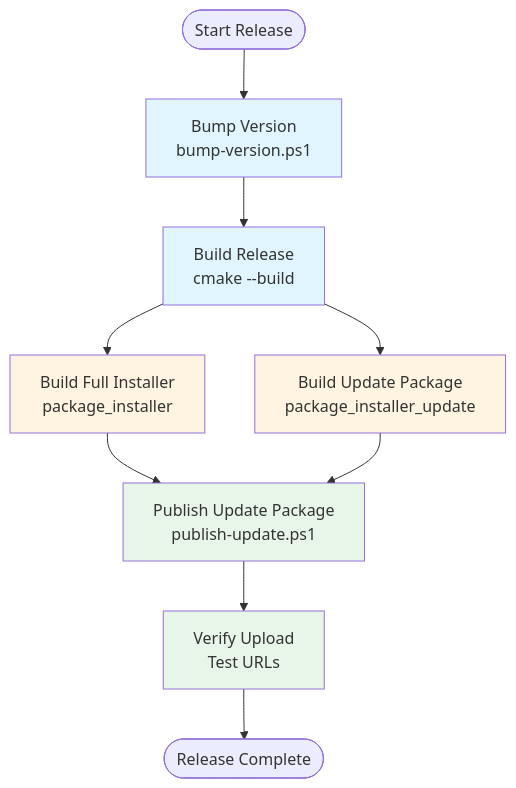
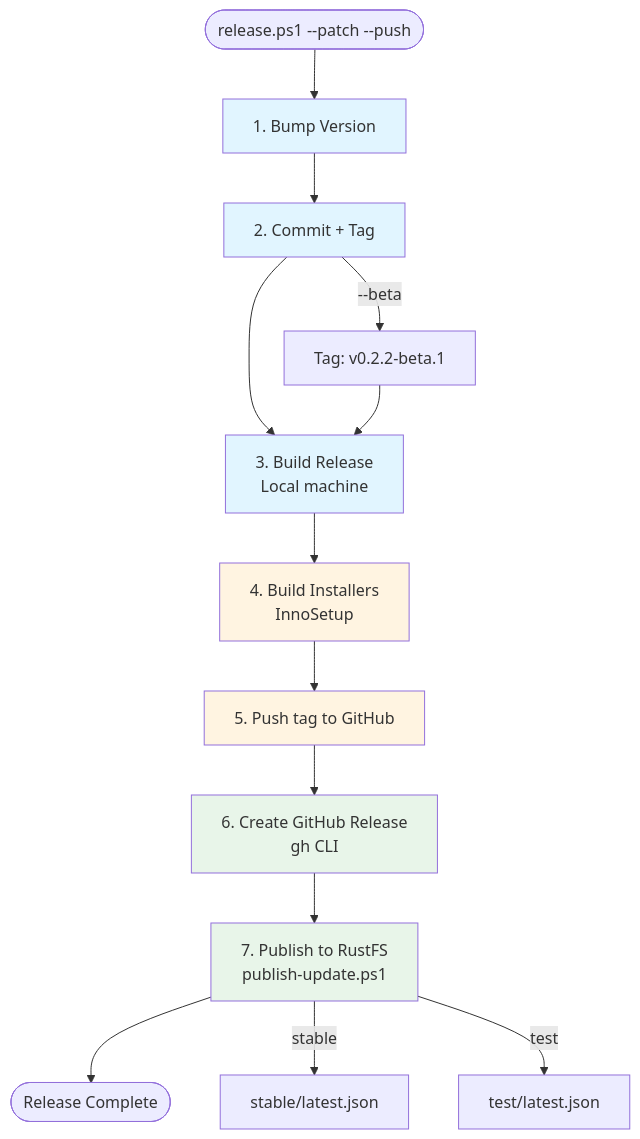
One commit to KPT1020/mib-studio-qt changed the diagram in docs/howto/release-workflow.md. Above: the diagram before and after it, drawn with Mermaid. The commit also changed other lines of this file and 3 other files, not shown here.

First line of the commit message:
refactor: local build pipeline with gh CLI + RustFS publish

````diff
--- a/docs/howto/release-workflow.md
+++ b/docs/howto/release-workflow.md
@@ -350,18 +305,24 @@
 ```mermaid
 flowchart TD
-    Start([Start Release]) --> BumpVersion[Bump Version<br/>bump-version.ps1]
-    BumpVersion --> BuildRelease[Build Release<br/>cmake --build]
-    BuildRelease --> BuildFullInstaller[Build Full Installer<br/>package_installer]
-    BuildRelease --> BuildUpdatePackage[Build Update Package<br/>package_installer_update]
-    BuildFullInstaller --> PublishUpdate[Publish Update Package<br/>publish-update.ps1]
-    BuildUpdatePackage --> PublishUpdate
-    PublishUpdate --> Verify[Verify Upload<br/>Test URLs]
-    Verify --> End([Release Complete])
-    
-    style BumpVersion fill:#e1f5ff
-    style BuildRelease fill:#e1f5ff
-    style BuildFullInstaller fill:#fff4e1
-    style BuildUpdatePackage fill:#fff4e1
-    style PublishUpdate fill:#e8f5e9
-    style Verify fill:#e8f5e9
+    Start([release.ps1 --patch --push]) --> Bump[1. Bump Version]
+    Bump --> Commit[2. Commit + Tag]
+    Commit --> Build[3. Build Release<br/>Local machine]
+    Build --> Installers[4. Build Installers<br/>InnoSetup]
+    Installers --> Push[5. Push tag to GitHub]
+    Push --> GHRelease[6. Create GitHub Release<br/>gh CLI]
+    GHRelease --> RustFS[7. Publish to RustFS<br/>publish-update.ps1]
+    RustFS --> Done([Release Complete])
+
+    Commit -->|--beta| BetaTag[Tag: v0.2.2-beta.1]
+    BetaTag --> Build
+    RustFS -->|stable| Stable[stable/latest.json]
+    RustFS -->|test| Test[test/latest.json]
+
+    style Bump fill:#e1f5ff
+    style Commit fill:#e1f5ff
+    style Build fill:#e1f5ff
+    style Installers fill:#fff4e1
+    style Push fill:#fff4e1
+    style GHRelease fill:#e8f5e9
+    style RustFS fill:#e8f5e9
 ```
````
